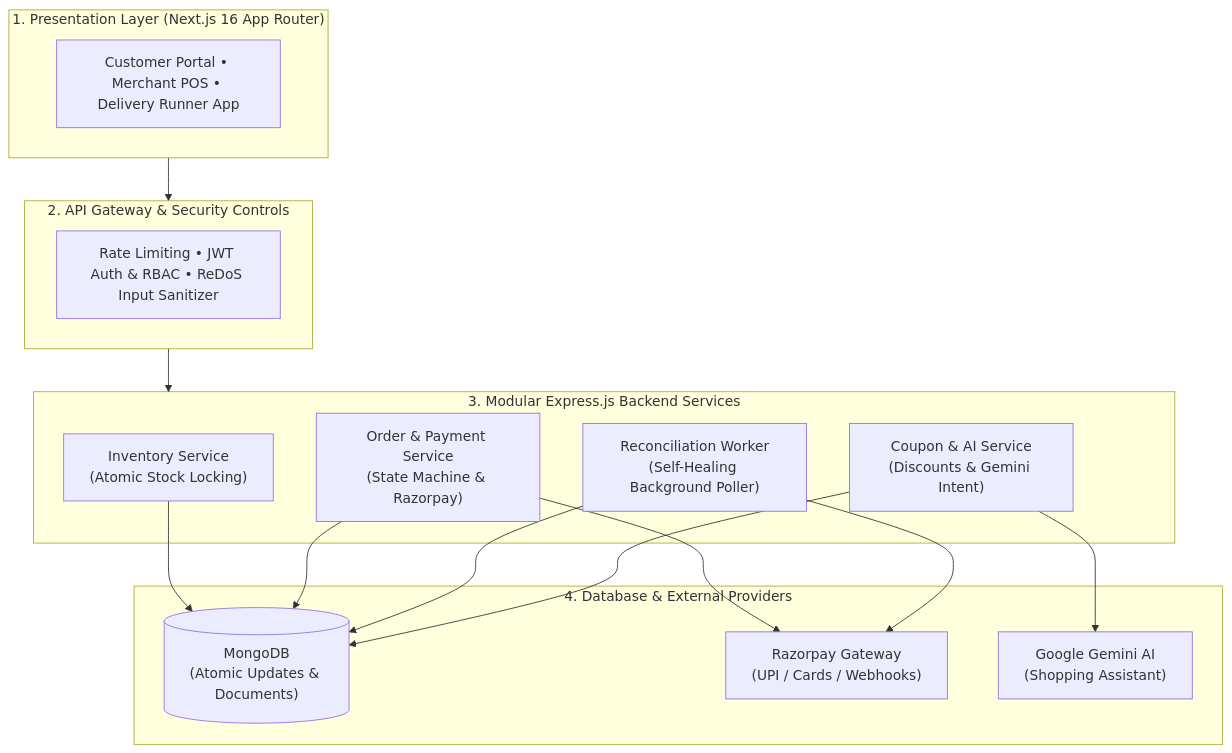
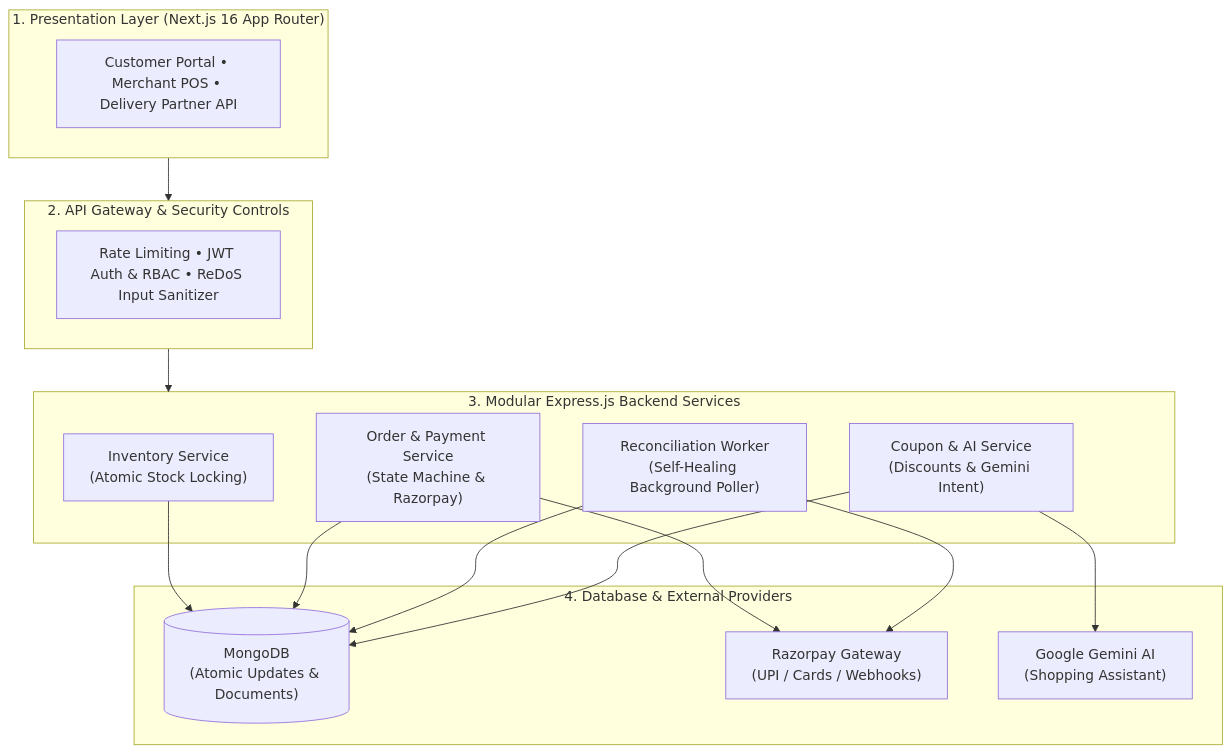
Before and after one commit to Jyatin/KiranaWala: the first of 4 diagrams in README.md, drawn with Mermaid. The commit also changed other lines of this file, not shown here.

````diff
--- a/README.md
+++ b/README.md
@@ -99,33 +101,33 @@
 ```mermaid
 graph TD
     subgraph Client ["1. Presentation Layer (Next.js 16 App Router)"]
-        UI["Customer Portal • Merchant POS • Delivery Runner App"]
+        UI["Customer Portal • Merchant POS • Delivery Partner API"]
     end
 
     subgraph Gateway ["2. API Gateway & Security Controls"]
         Sec["Rate Limiting • JWT Auth & RBAC • ReDoS Input Sanitizer"]
     end
 
     subgraph Services ["3. Modular Express.js Backend Services"]
         Inventory["Inventory Service<br/>(Atomic Stock Locking)"]
         OrderPay["Order & Payment Service<br/>(State Machine & Razorpay)"]
         Recon["Reconciliation Worker<br/>(Self-Healing Background Poller)"]
         Coupon["Coupon & AI Service<br/>(Discounts & Gemini Intent)"]
     end
 
     subgraph External ["4. Database & External Providers"]
         MongoDB[("MongoDB<br/>(Atomic Updates & Documents)")]
         Razorpay["Razorpay Gateway<br/>(UPI / Cards / Webhooks)"]
         Gemini["Google Gemini AI<br/>(Shopping Assistant)"]
     end
 
     Client --> Gateway
     Gateway --> Services
     Inventory --> MongoDB
     OrderPay --> MongoDB
     OrderPay --> Razorpay
     Recon --> Razorpay
     Recon --> MongoDB
     Coupon --> MongoDB
     Coupon --> Gemini
 ```
````
